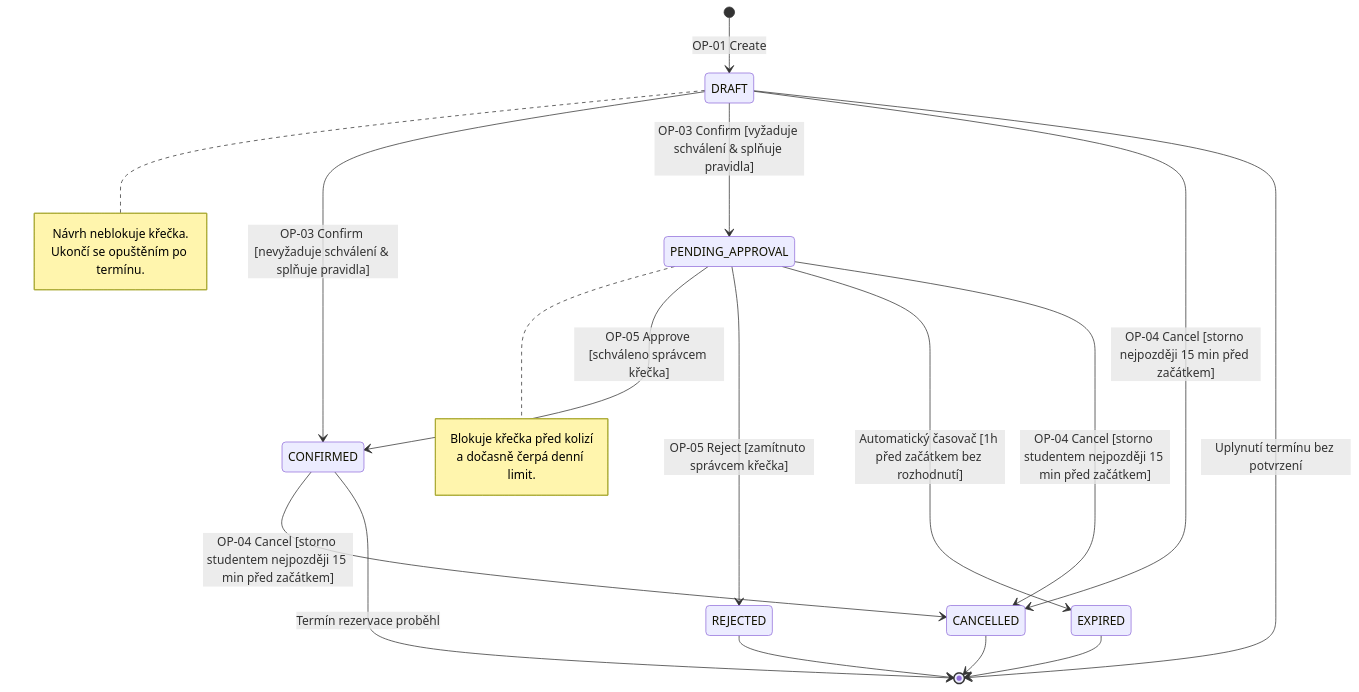
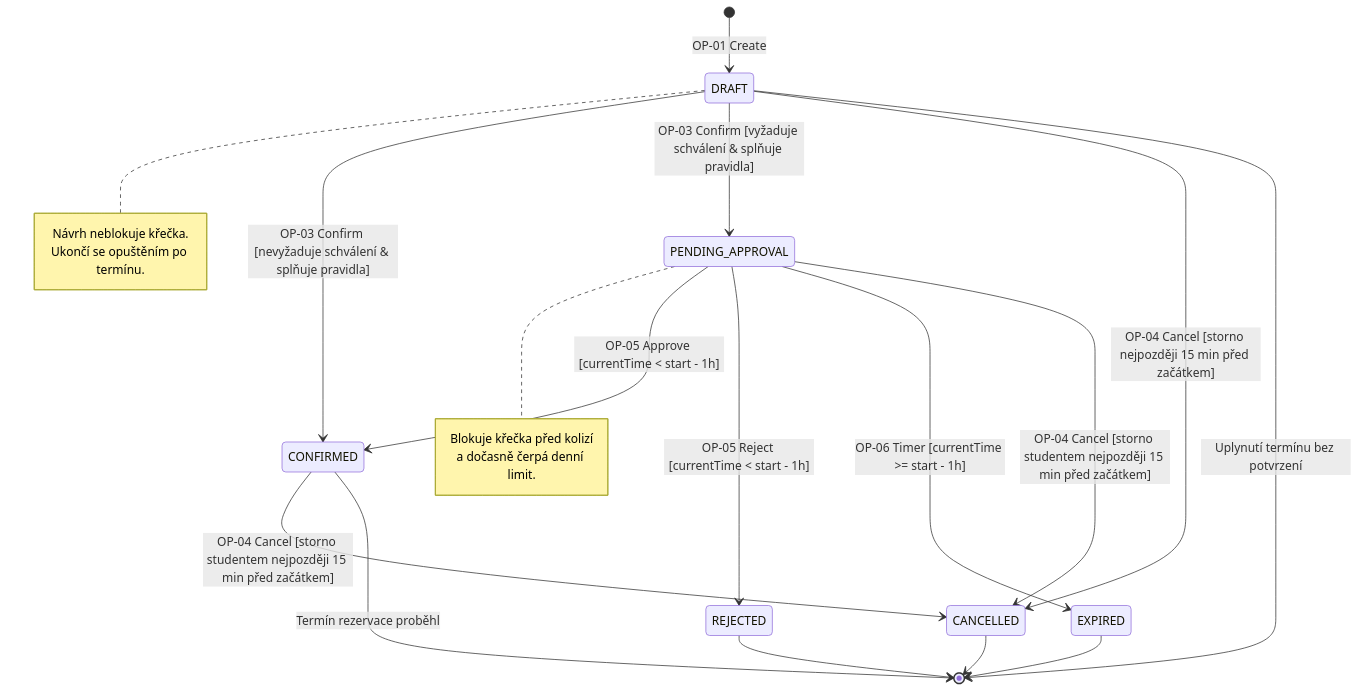
One commit to tomaskirnig/SWI_2027 changed the fifth of 6 diagrams in DIAGRAMS.md. Above: the diagram before and after it, drawn with Mermaid. The commit also changed other lines of this file and 9 other files, not shown here.

````diff
--- a/DIAGRAMS.md
+++ b/DIAGRAMS.md
@@ -258,31 +259,31 @@
 ```mermaid
 stateDiagram-v2
     [*] --> DRAFT : OP-01 Create
 
     note right of DRAFT
         Návrh neblokuje křečka.
         Ukončí se opuštěním po termínu.
     end note
 
     DRAFT --> CONFIRMED : OP-03 Confirm [nevyžaduje schválení & splňuje pravidla]
     DRAFT --> PENDING_APPROVAL : OP-03 Confirm [vyžaduje schválení & splňuje pravidla]
     DRAFT --> CANCELLED : OP-04 Cancel [storno nejpozději 15 min před začátkem]
     DRAFT --> [*] : Uplynutí termínu bez potvrzení
     
     note right of PENDING_APPROVAL
         Blokuje křečka před kolizí
         a dočasně čerpá denní limit.
     end note
 
-    PENDING_APPROVAL --> CONFIRMED : OP-05 Approve [schváleno správcem křečka]
-    PENDING_APPROVAL --> REJECTED : OP-05 Reject [zamítnuto správcem křečka]
-    PENDING_APPROVAL --> EXPIRED : Automatický časovač [1h před začátkem bez rozhodnutí]
+    PENDING_APPROVAL --> CONFIRMED : OP-05 Approve [currentTime < start - 1h]
+    PENDING_APPROVAL --> REJECTED : OP-05 Reject [currentTime < start - 1h]
+    PENDING_APPROVAL --> EXPIRED : OP-06 Timer [currentTime >= start - 1h]
     PENDING_APPROVAL --> CANCELLED : OP-04 Cancel [storno studentem nejpozději 15 min před začátkem]
 
     CONFIRMED --> CANCELLED : OP-04 Cancel [storno studentem nejpozději 15 min před začátkem]
     CONFIRMED --> [*] : Termín rezervace proběhl
 
     REJECTED --> [*]
     EXPIRED --> [*]
     CANCELLED --> [*]
 ```
````
